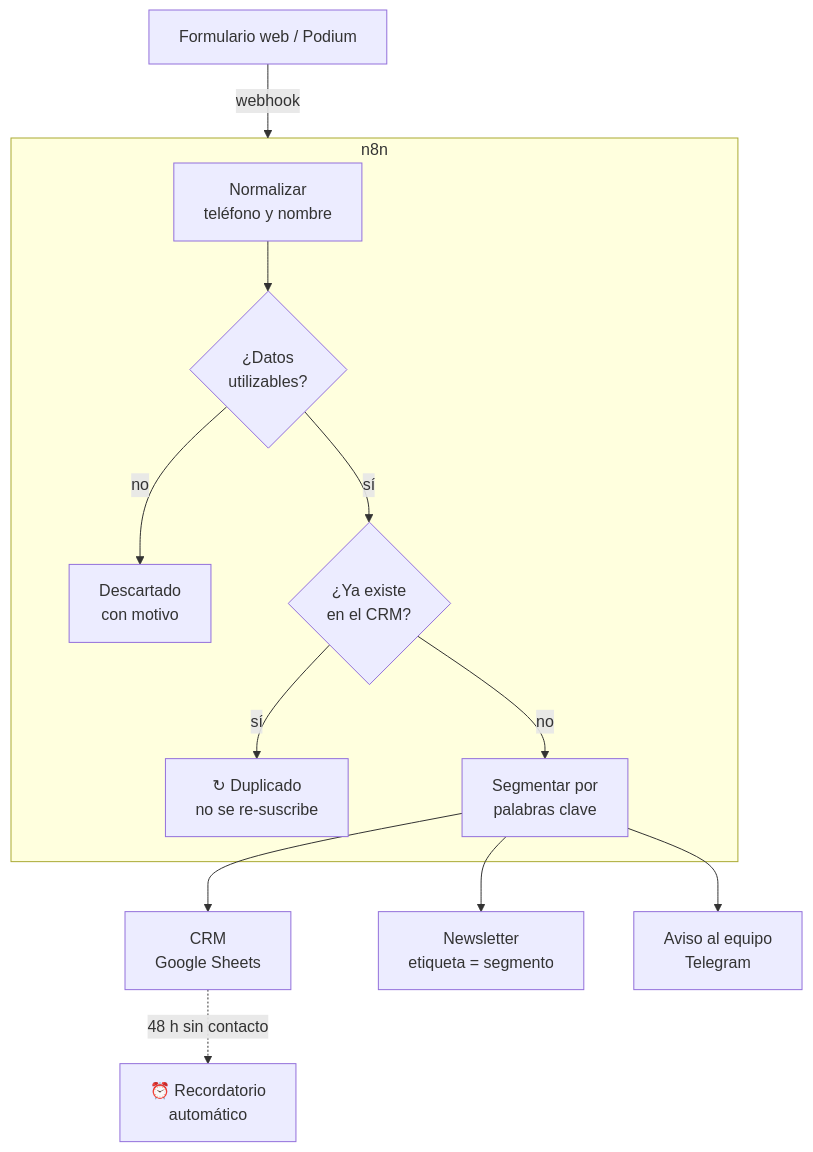
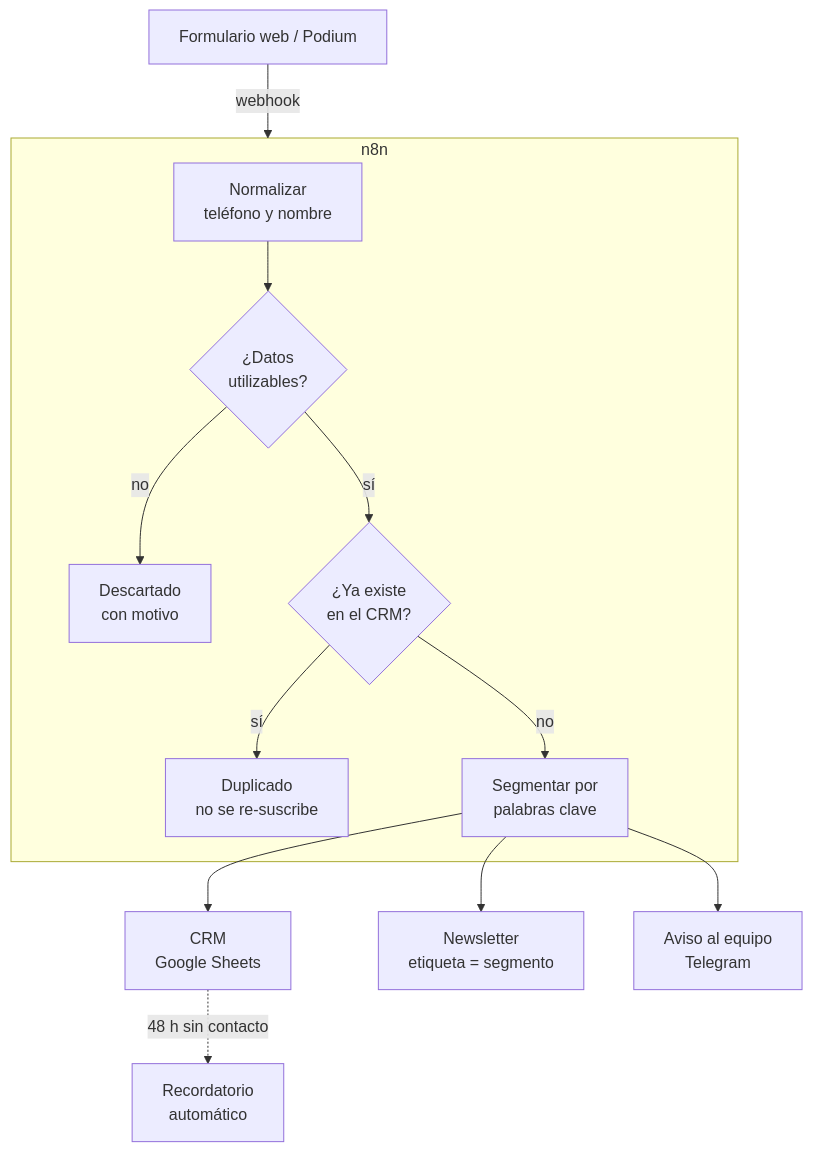
One commit to danielyatacoblas/flujo-leads-n8n changed the first of 2 diagrams in README.md. Above: the diagram before and after it, drawn with Mermaid. The commit also changed 4 other files, not shown here.

First line of the commit message:
fix: remove leftover pictographs from diagrams and node labels

````diff
--- a/README.md
+++ b/README.md
@@ -40,15 +40,15 @@
 ```mermaid
 flowchart TD
-    F[" Formulario web / Podium"] -->|webhook| N
+    F["Formulario web / Podium"] -->|webhook| N
     subgraph N ["n8n"]
         A["Normalizar<br/>teléfono y nombre"] --> B{"¿Datos<br/>utilizables?"}
-        B -->|no| X[" Descartado<br/>con motivo"]
+        B -->|no| X["Descartado<br/>con motivo"]
         B -->|sí| C{"¿Ya existe<br/>en el CRM?"}
-        C -->|sí| Y["↻ Duplicado<br/>no se re-suscribe"]
+        C -->|sí| Y["Duplicado<br/>no se re-suscribe"]
         C -->|no| D["Segmentar por<br/>palabras clave"]
     end
-    D --> E[" CRM<br/>Google Sheets"]
-    D --> G[" Newsletter<br/>etiqueta = segmento"]
-    D --> H[" Aviso al equipo<br/>Telegram"]
-    E -.->|48 h sin contacto| I["⏰ Recordatorio<br/>automático"]
+    D --> E["CRM<br/>Google Sheets"]
+    D --> G["Newsletter<br/>etiqueta = segmento"]
+    D --> H["Aviso al equipo<br/>Telegram"]
+    E -.->|48 h sin contacto| I["Recordatorio<br/>automático"]
 ```
````
